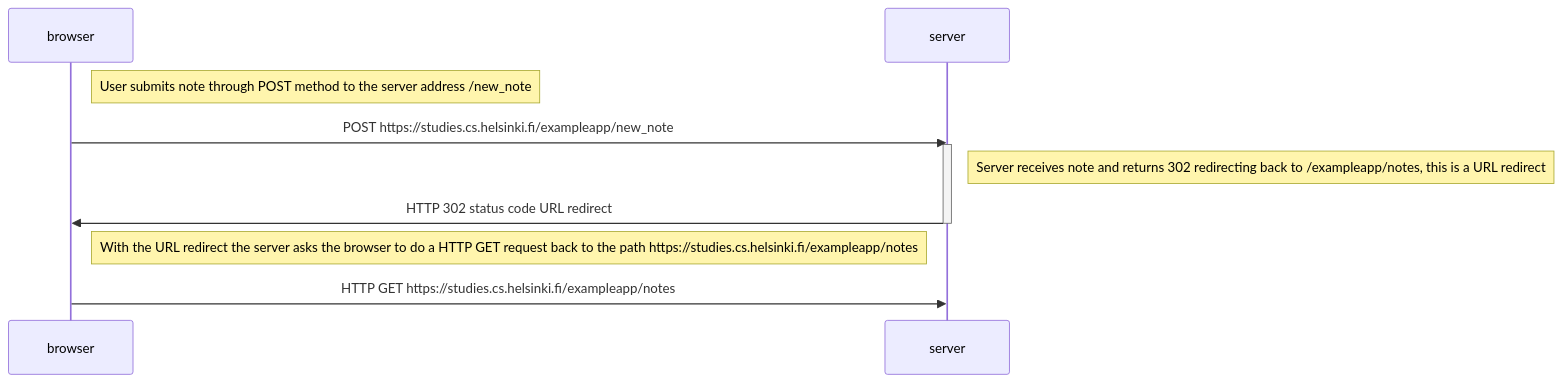
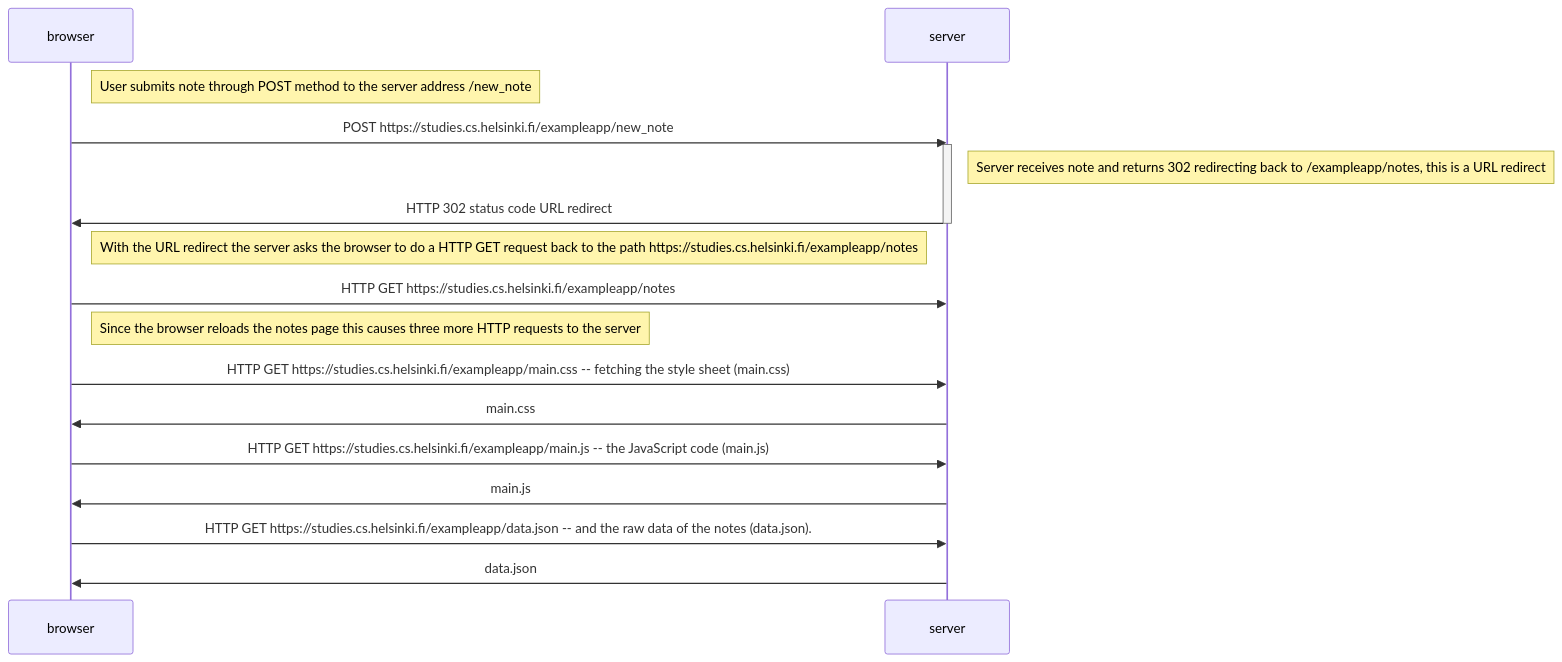
Before and after one commit to Otxobot/FullstackOpenUniversity: the diagram in part0/new_note_04.md, drawn with Mermaid.

````diff
--- a/part0/new_note_04.md
+++ b/part0/new_note_04.md
@@ -1,19 +1,25 @@
 ```mermaid
     sequenceDiagram
         participant browser
         participant server
 
         Note right of browser: User submits note through POST method to the server address /new_note
         browser->>server: POST https://studies.cs.helsinki.fi/exampleapp/new_note
         activate server
         Note right of server: Server receives note and returns 302 redirecting back to /exampleapp/notes, this is a URL redirect
         server->>browser: HTTP 302 status code URL redirect
         deactivate server
 
         Note right of browser: With the URL redirect the server asks the browser to do a HTTP GET request back to the path https://studies.cs.helsinki.fi/exampleapp/notes
         browser->>server: HTTP GET https://studies.cs.helsinki.fi/exampleapp/notes
-        
+        Note right of browser: Since the browser reloads the notes page this causes three more HTTP requests to the server
+        browser->>server: HTTP GET https://studies.cs.helsinki.fi/exampleapp/main.css -- fetching the style sheet (main.css)
+        server->>browser: main.css
+        browser->>server: HTTP GET https://studies.cs.helsinki.fi/exampleapp/main.js -- the JavaScript code (main.js)
+        server->>browser: main.js
+        browser->>server: HTTP GET https://studies.cs.helsinki.fi/exampleapp/data.json -- and the raw data of the notes (data.json).
+        server->>browser: data.json
 
         
         
 ```
````
